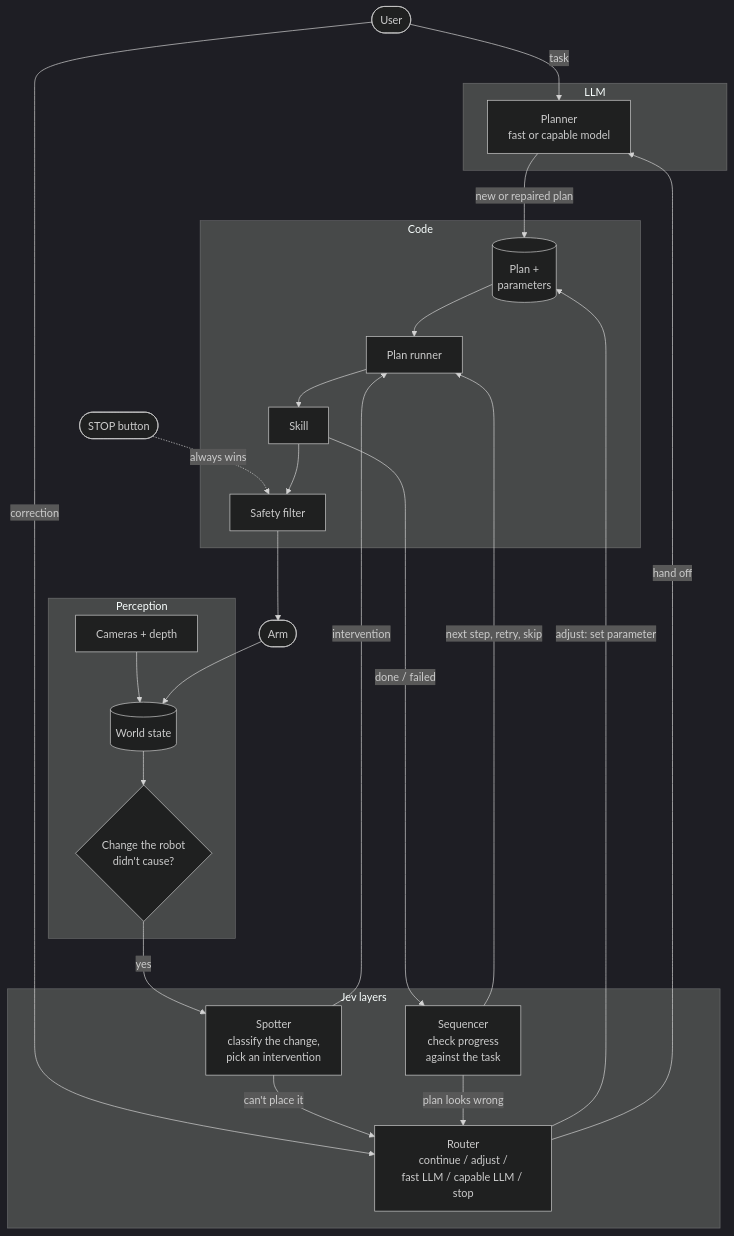
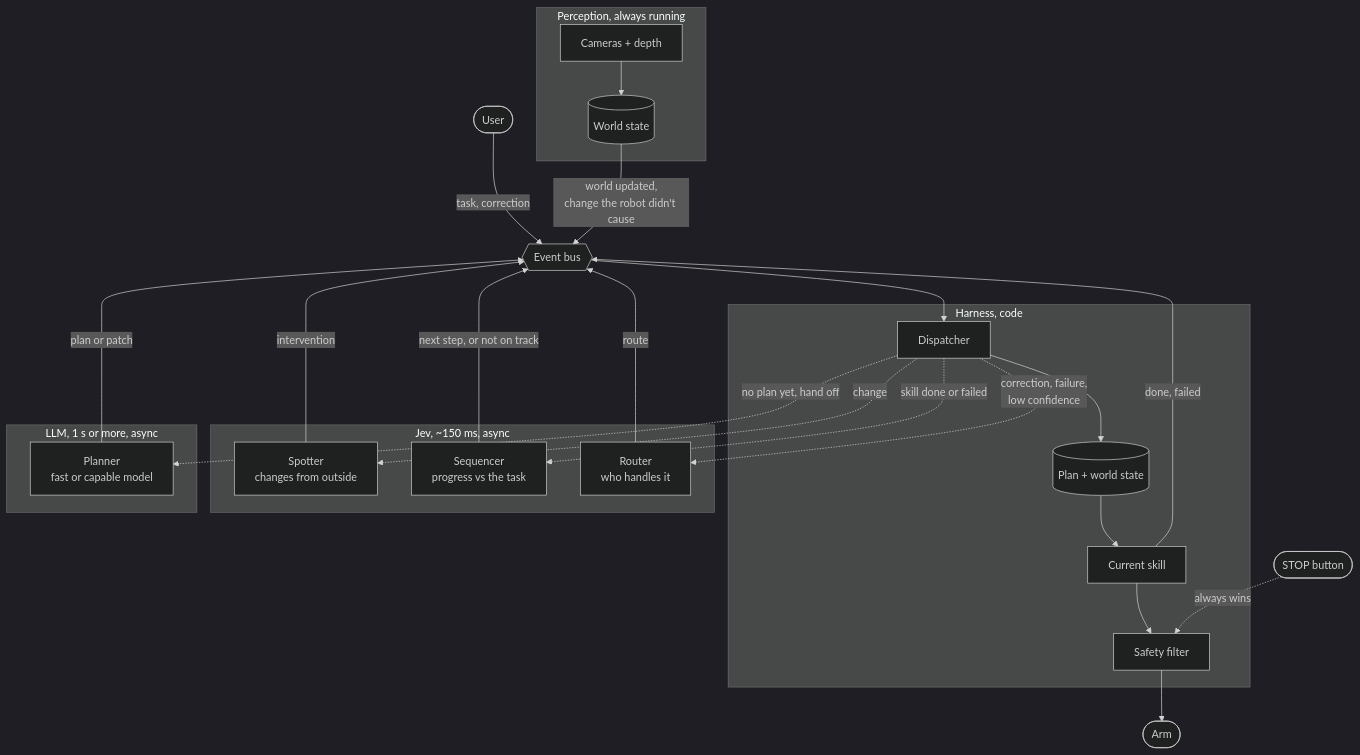
The first of 6 diagrams in docs/v2-diagrams.md (alee792/robojev), drawn with Mermaid (dark theme) before and after one commit. The commit also changed other lines of this file and 1 other file, not shown here.

First line of the commit message:
v2 diagrams: event bus and async layers, perception on top, start-up sequence, unambiguous wrong-plan example; v2.md: harness, how it runs, task = final arrangement

````diff
--- a/docs/v2-diagrams.md
+++ b/docs/v2-diagrams.md
@@ -9,40 +10,37 @@
 ```mermaid
 flowchart TB
-    user([User]) -- "task" --> planner
-    user -- "correction" --> router
-    stop([STOP button]) -. "always wins" .-> filter
-
-    subgraph perception [Perception]
+    subgraph perc [Perception, always running]
         cams[Cameras + depth] --> ws[(World state)]
-        ws --> detect{"Change the robot<br/>didn't cause?"}
     end
-
-    subgraph jev [Jev layers]
-        spotter[Spotter<br/>classify the change,<br/>pick an intervention]
-        seq[Sequencer<br/>check progress<br/>against the task]
-        router[Router<br/>continue / adjust /<br/>fast LLM / capable LLM / stop]
+    user([User])
+    bus{{Event bus}}
+    subgraph harness [Harness, code]
+        disp[Dispatcher]
+        state[(Plan + world state)]
+        skill[Current skill]
+        filter[Safety filter]
     end
-
-    subgraph llm [LLM]
+    subgraph jev [Jev, ~150 ms, async]
+        spotter[Spotter<br/>changes from outside]
+        seq[Sequencer<br/>progress vs the task]
+        router[Router<br/>who handles it]
+    end
+    subgraph llm [LLM, 1 s or more, async]
         planner[Planner<br/>fast or capable model]
     end
 
-    subgraph code [Code]
-        plan[(Plan +<br/>parameters)]
-        exec[Plan runner]
-        skills[Skill]
-        filter[Safety filter]
-    end
-
-    detect -- "yes" --> spotter
-    spotter -- "intervention" --> exec
-    spotter -- "can't place it" --> router
-    skills -- "done / failed" --> seq
-    seq -- "next step, retry, skip" --> exec
-    seq -- "plan looks wrong" --> router
-    router -- "adjust: set parameter" --> plan
-    router -- "hand off" --> planner
-    planner -- "new or repaired plan" --> plan
-    plan --> exec --> skills --> filter --> arm([Arm])
-    arm --> ws
+    user -- "task, correction" --> bus
+    ws -- "world updated,<br/>change the robot didn't cause" --> bus
+    skill -- "done, failed" --> bus
+    bus --> disp
+    disp -. "change" .-> spotter
+    disp -. "skill done or failed" .-> seq
+    disp -. "correction, failure,<br/>low confidence" .-> router
+    disp -. "no plan yet, hand off" .-> planner
+    spotter -- "intervention" --> bus
+    seq -- "next step, or not on track" --> bus
+    router -- "route" --> bus
+    planner -- "plan or patch" --> bus
+    disp --> state --> skill --> filter --> arm([Arm])
+    stop([STOP button]) -. "always wins" .-> filter
 ```
````
